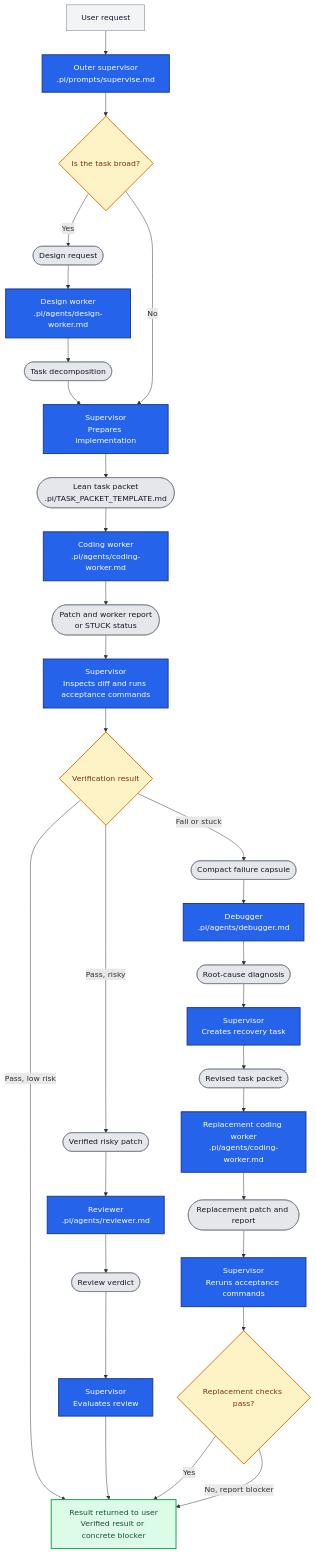
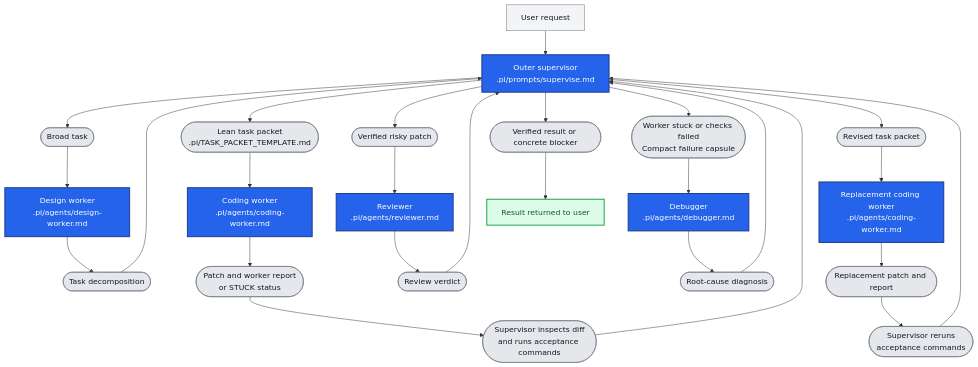
One commit to nobody-qwert/pi_agents changed the diagram in README.md. Above: the diagram before and after it, drawn with Mermaid. The commit also changed other lines of this file, not shown here.

````diff
--- a/README.md
+++ b/README.md
@@ -131,49 +131,44 @@
 ```mermaid
 graph TB
-    U["User request"] --> S0["Outer supervisor<br/>.pi/prompts/supervise.md"]
-    S0 --> B{"Is the task broad?"}
+    U["User request"] --> S["Outer supervisor<br/>.pi/prompts/supervise.md"]
 
-    B -->|Yes| H1(["Design request"])
+    S --> H1(["Broad task"])
     H1 --> DW["Design worker<br/>.pi/agents/design-worker.md"]
     DW --> H2(["Task decomposition"])
-    H2 --> S1["Supervisor<br/>Prepares implementation"]
-    B -->|No| S1
+    H2 --> S
 
-    S1 --> H3(["Lean task packet<br/>.pi/TASK_PACKET_TEMPLATE.md"])
+    S --> H3(["Lean task packet<br/>.pi/TASK_PACKET_TEMPLATE.md"])
     H3 --> CW["Coding worker<br/>.pi/agents/coding-worker.md"]
     CW --> H4(["Patch and worker report<br/>or STUCK status"])
-    H4 --> S2["Supervisor<br/>Inspects diff and runs acceptance commands"]
-    S2 --> V{"Verification result"}
+    H4 --> H5(["Supervisor inspects diff<br/>and runs acceptance commands"])
+    H5 --> S
 
-    V -->|Pass, low risk| O["Result returned to user<br/>Verified result or concrete blocker"]
+    S --> H6(["Verified risky patch"])
+    H6 --> R["Reviewer<br/>.pi/agents/reviewer.md"]
+    R --> H7(["Review verdict"])
+    H7 --> S
 
-    V -->|Pass, risky| H5(["Verified risky patch"])
-    H5 --> R["Reviewer<br/>.pi/agents/reviewer.md"]
-    R --> H6(["Review verdict"])
-    H6 --> S3["Supervisor<br/>Evaluates review"]
-    S3 --> O
+    S --> H8(["Worker stuck or checks failed<br/>Compact failure capsule"])
+    H8 --> D["Debugger<br/>.pi/agents/debugger.md"]
+    D --> H9(["Root-cause diagnosis"])
+    H9 --> S
 
-    V -->|Fail or stuck| H7(["Compact failure capsule"])
-    H7 --> D["Debugger<br/>.pi/agents/debugger.md"]
-    D --> H8(["Root-cause diagnosis"])
-    H8 --> S4["Supervisor<br/>Creates recovery task"]
-    S4 --> H9(["Revised task packet"])
-    H9 --> CW2["Replacement coding worker<br/>.pi/agents/coding-worker.md"]
-    CW2 --> H10(["Replacement patch and report"])
-    H10 --> S5["Supervisor<br/>Reruns acceptance commands"]
-    S5 --> V2{"Replacement checks pass?"}
-    V2 -->|Yes| O
-    V2 -->|No, report blocker| O
+    S --> H10(["Revised task packet"])
+    H10 --> CW2["Replacement coding worker<br/>.pi/agents/coding-worker.md"]
+    CW2 --> H11(["Replacement patch and report"])
+    H11 --> H12(["Supervisor reruns<br/>acceptance commands"])
+    H12 --> S
+
+    S --> H13(["Verified result or concrete blocker"])
+    H13 --> O["Result returned to user"]
 
     classDef agent fill:#2563eb,color:#ffffff,stroke:#1e3a8a,stroke-width:2px
     classDef handoff fill:#e5e7eb,color:#111827,stroke:#6b7280,stroke-width:1px
-    classDef decision fill:#fef3c7,color:#78350f,stroke:#d97706,stroke-width:2px
     classDef input fill:#f3f4f6,color:#111827,stroke:#6b7280,stroke-width:1px
     classDef outcome fill:#dcfce7,color:#14532d,stroke:#16a34a,stroke-width:2px
 
-    class S0,S1,S2,S3,S4,S5,DW,CW,R,D,CW2 agent
-    class H1,H2,H3,H4,H5,H6,H7,H8,H9,H10 handoff
-    class B,V,V2 decision
+    class S,DW,CW,R,D,CW2 agent
+    class H1,H2,H3,H4,H5,H6,H7,H8,H9,H10,H11,H12,H13 handoff
     class U input
     class O outcome
 ```
````
